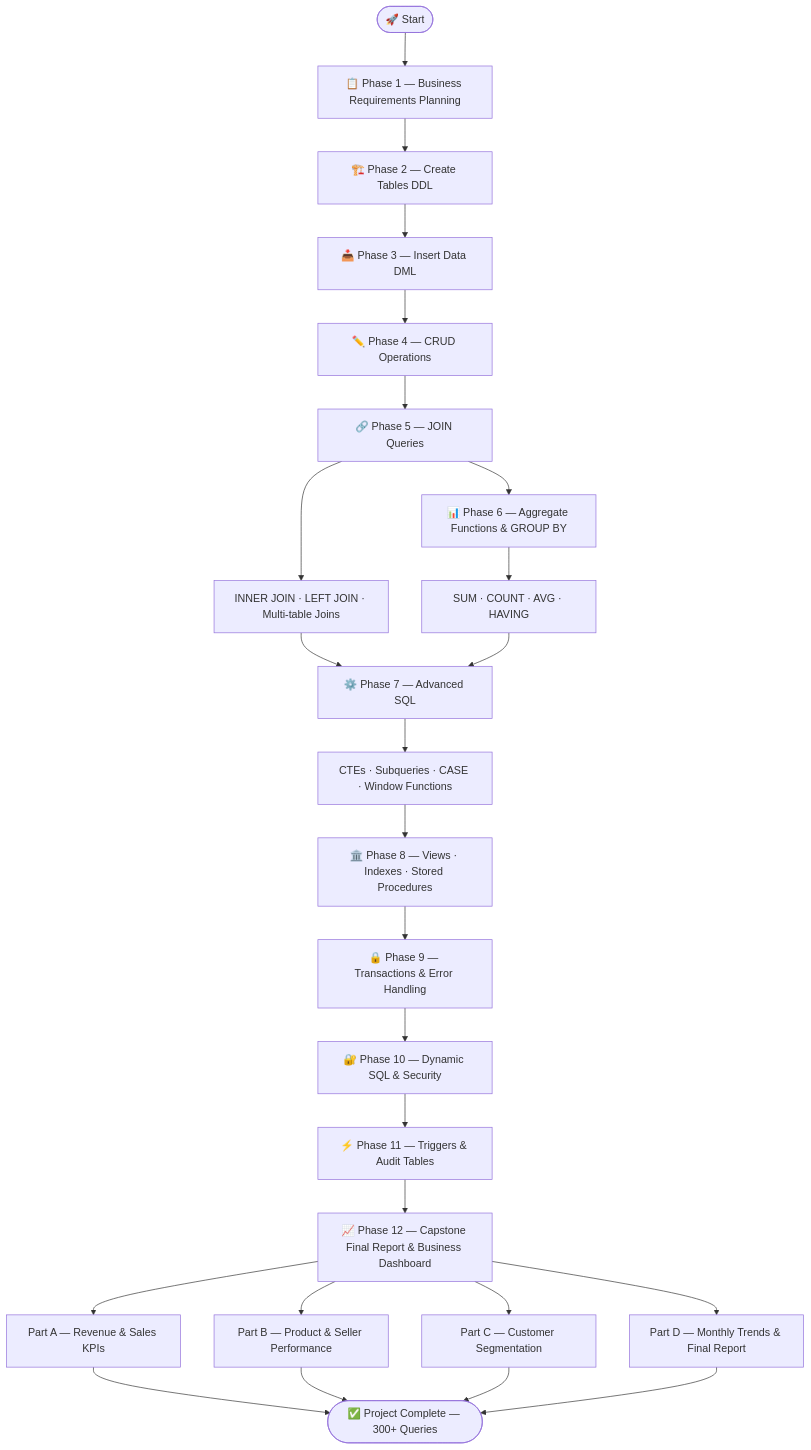
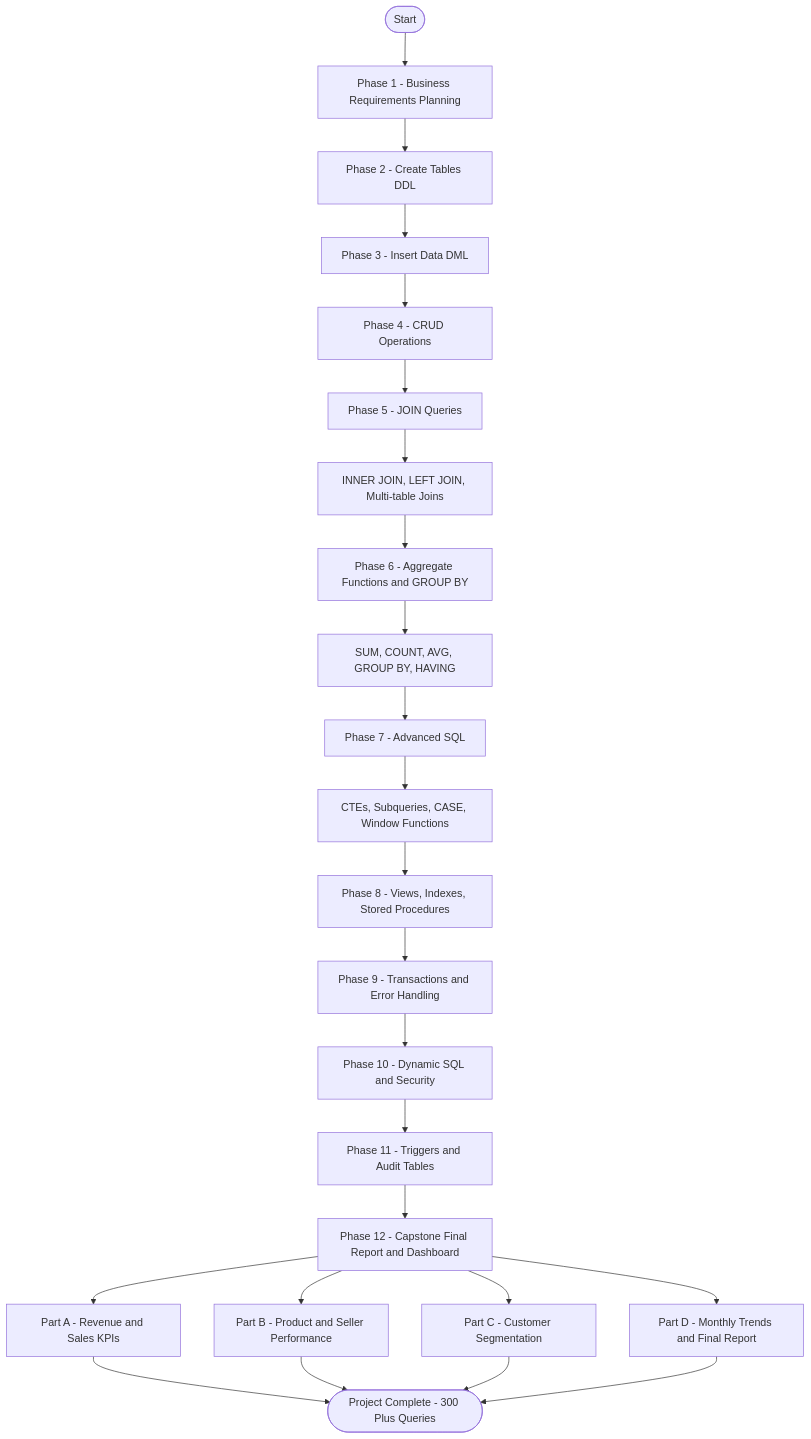
Before and after one commit to koina-26/Skillentrix_Intern_Sales_Order_Management_Analytics: the diagram in README.md, drawn with Mermaid. The commit also changed other lines of this file, not shown here.

````diff
--- a/README.md
+++ b/README.md
@@ -44,23 +44,23 @@
 ```mermaid
 flowchart TD
-    A([🚀 Start]) --> B[📋 Phase 1 — Business Requirements Planning]
-    B --> C[🏗️ Phase 2 — Create Tables DDL]
-    C --> D[📥 Phase 3 — Insert Data DML]
-    D --> E[✏️ Phase 4 — CRUD Operations]
-    E --> F[🔗 Phase 5 — JOIN Queries]
-    F --> F1[INNER JOIN · LEFT JOIN · Multi-table Joins]
-    F --> G[📊 Phase 6 — Aggregate Functions & GROUP BY]
-    G --> G1[SUM · COUNT · AVG · HAVING]
-    F1 & G1 --> H[⚙️ Phase 7 — Advanced SQL]
-    H --> H1[CTEs · Subqueries · CASE · Window Functions]
-    H1 --> I[🏛️ Phase 8 — Views · Indexes · Stored Procedures]
-    I --> J[🔒 Phase 9 — Transactions & Error Handling]
-    J --> K[🔐 Phase 10 — Dynamic SQL & Security]
-    K --> L[⚡ Phase 11 — Triggers & Audit Tables]
-    L --> M[📈 Phase 12 — Capstone Final Report & Business Dashboard]
-    M --> M1[Part A — Revenue & Sales KPIs]
-    M --> M2[Part B — Product & Seller Performance]
-    M --> M3[Part C — Customer Segmentation]
-    M --> M4[Part D — Monthly Trends & Final Report]
-    M1 & M2 & M3 & M4 --> N([✅ Project Complete — 300+ Queries])
+    A([Start]) --> B[Phase 1 - Business Requirements Planning]
+    B --> C[Phase 2 - Create Tables DDL]
+    C --> D[Phase 3 - Insert Data DML]
+    D --> E[Phase 4 - CRUD Operations]
+    E --> F[Phase 5 - JOIN Queries]
+    F --> F1[INNER JOIN, LEFT JOIN, Multi-table Joins]
+    F1 --> G[Phase 6 - Aggregate Functions and GROUP BY]
+    G --> G1[SUM, COUNT, AVG, GROUP BY, HAVING]
+    G1 --> H[Phase 7 - Advanced SQL]
+    H --> H1[CTEs, Subqueries, CASE, Window Functions]
+    H1 --> I[Phase 8 - Views, Indexes, Stored Procedures]
+    I --> J[Phase 9 - Transactions and Error Handling]
+    J --> K[Phase 10 - Dynamic SQL and Security]
+    K --> L[Phase 11 - Triggers and Audit Tables]
+    L --> M[Phase 12 - Capstone Final Report and Dashboard]
+    M --> M1[Part A - Revenue and Sales KPIs]
+    M --> M2[Part B - Product and Seller Performance]
+    M --> M3[Part C - Customer Segmentation]
+    M --> M4[Part D - Monthly Trends and Final Report]
+    M1 & M2 & M3 & M4 --> N([Project Complete - 300 Plus Queries])
 ```
````
